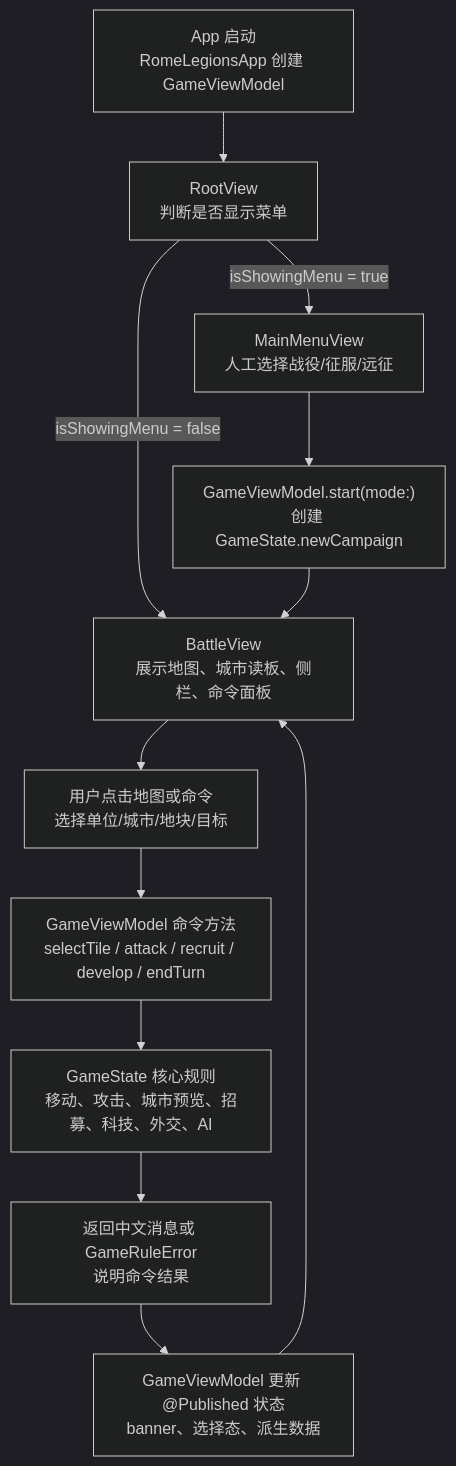
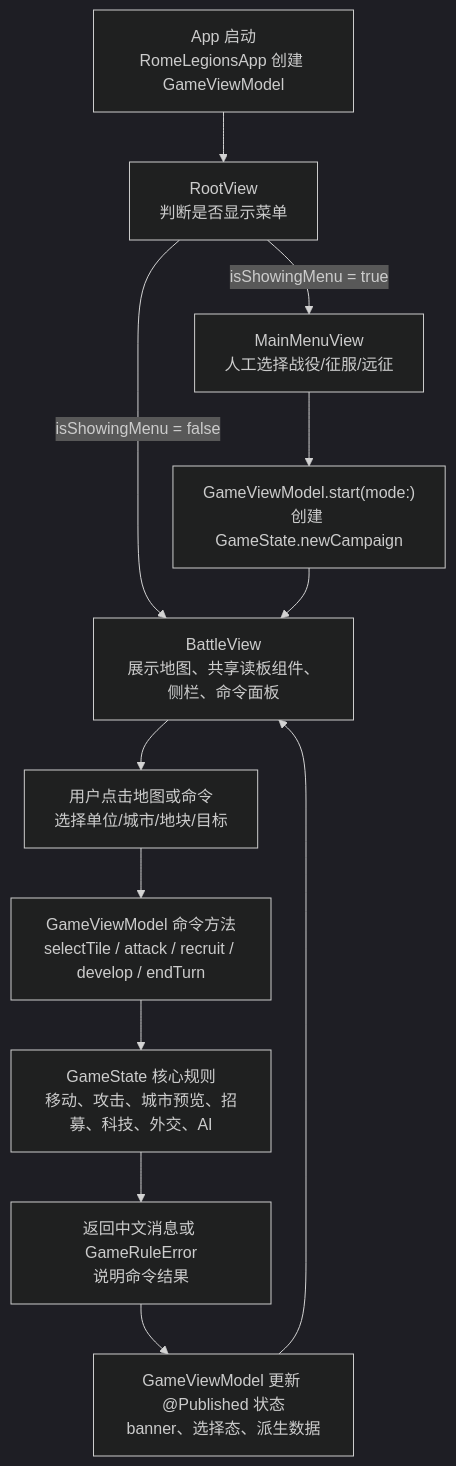
Before and after one commit to Altman-sam114/119: the first of 7 diagrams in md/flow/flowchart.md, drawn with Mermaid (dark theme). The commit also changed 8 other files, not shown here.

````diff
--- a/md/flow/flowchart.md
+++ b/md/flow/flowchart.md
@@ -9,14 +9,14 @@
 ```mermaid
 flowchart TD
     A["App 启动<br/>RomeLegionsApp 创建 GameViewModel"] --> B["RootView<br/>判断是否显示菜单"]
     B -->|isShowingMenu = true| C["MainMenuView<br/>人工选择战役/征服/远征"]
     C --> D["GameViewModel.start(mode:)<br/>创建 GameState.newCampaign"]
-    B -->|isShowingMenu = false| E["BattleView<br/>展示地图、城市读板、侧栏、命令面板"]
+    B -->|isShowingMenu = false| E["BattleView<br/>展示地图、共享读板组件、侧栏、命令面板"]
     D --> E
     E --> F["用户点击地图或命令<br/>选择单位/城市/地块/目标"]
     F --> G["GameViewModel 命令方法<br/>selectTile / attack / recruit / develop / endTurn"]
     G --> H["GameState 核心规则<br/>移动、攻击、城市预览、招募、科技、外交、AI"]
     H --> I["返回中文消息或 GameRuleError<br/>说明命令结果"]
     I --> J["GameViewModel 更新 @Published 状态<br/>banner、选择态、派生数据"]
     J --> E
 ```
````
